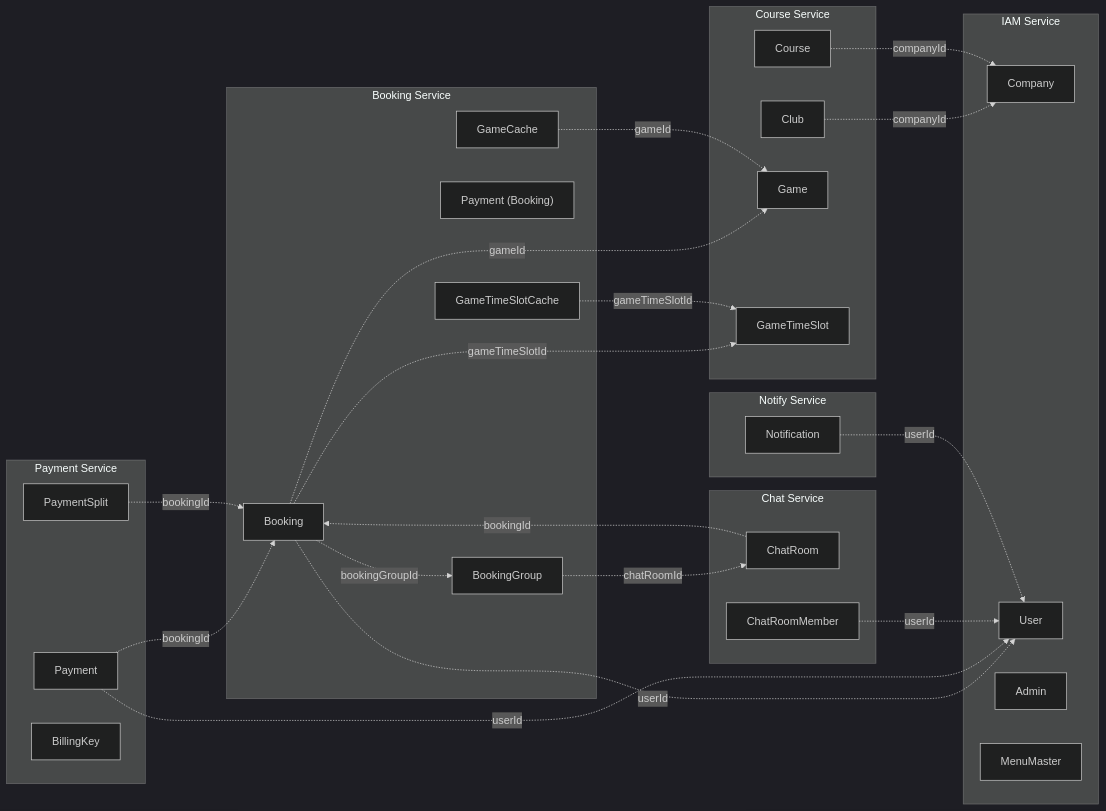
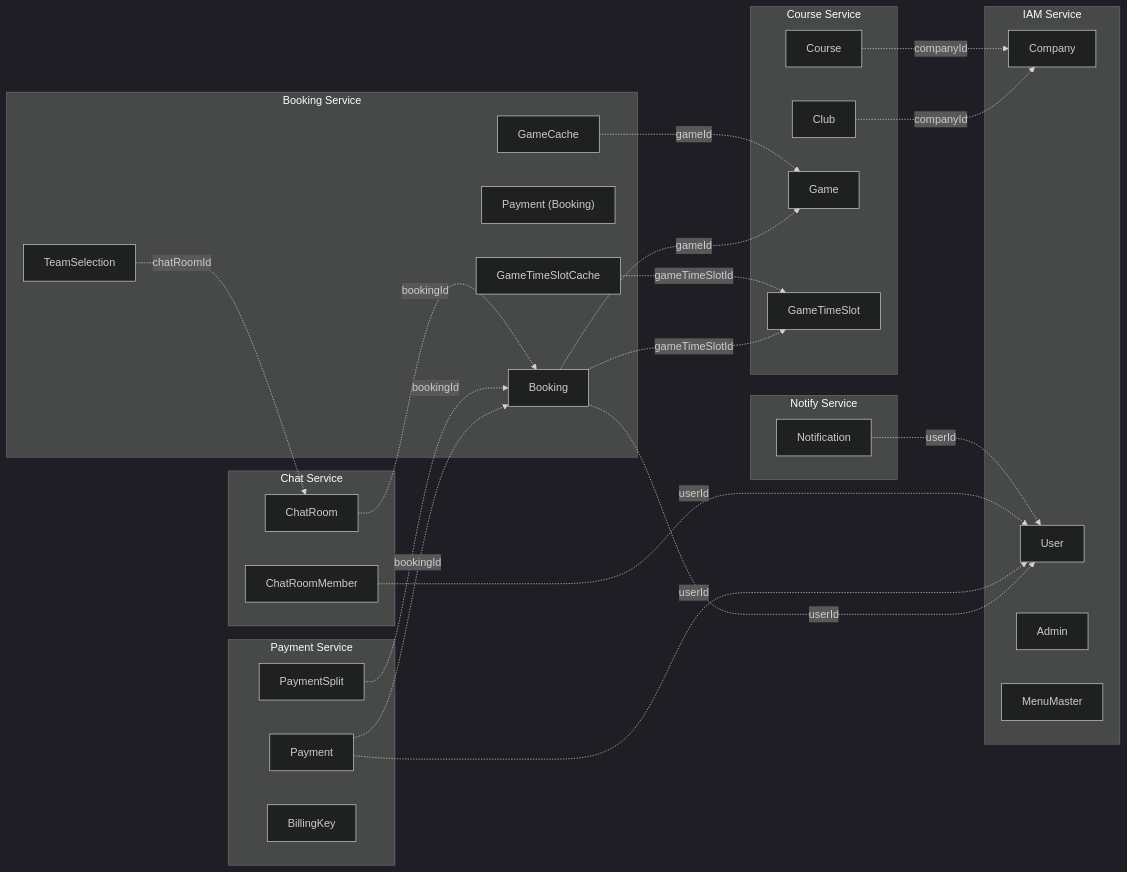
Before and after one commit to uniyous/parkgolf-platform: the first of 28 diagrams in docs/architecture/DATABASE.md, drawn with Mermaid (dark theme). The commit also changed other lines of this file and 17 other files, not shown here.

First line of the commit message:
refactor(chat): RoomType GROUP → CHANNEL 명칭 변경

````diff
--- a/docs/architecture/DATABASE.md
+++ b/docs/architecture/DATABASE.md
@@ -21,55 +21,54 @@
 ```mermaid
 flowchart LR
     subgraph iam["IAM Service"]
         Company
         User
         Admin
         Menu["MenuMaster"]
     end
 
     subgraph course["Course Service"]
         Club
         Course
         Game
         GameTimeSlot
     end
 
     subgraph booking["Booking Service"]
         Booking
-        BookingGroup
+        TeamSelection
         BookingPayment["Payment (Booking)"]
         GameCache
         SlotCache["GameTimeSlotCache"]
     end
 
     subgraph payment["Payment Service"]
         Payment
         PaymentSplit
         BillingKey
     end
 
     subgraph chat["Chat Service"]
         ChatRoom
         ChatRoomMember
     end
 
     subgraph notify["Notify Service"]
         Notification
     end
 
     Club -.->|companyId| Company
     Course -.->|companyId| Company
     Booking -.->|userId| User
     Booking -.->|gameTimeSlotId| GameTimeSlot
     Booking -.->|gameId| Game
-    Booking -.->|bookingGroupId| BookingGroup
-    BookingGroup -.->|chatRoomId| ChatRoom
+    TeamSelection -.->|chatRoomId| ChatRoom
     GameCache -.->|gameId| Game
     SlotCache -.->|gameTimeSlotId| GameTimeSlot
     Payment -.->|userId| User
     Payment -.->|bookingId| Booking
     PaymentSplit -.->|bookingId| Booking
     ChatRoom -.->|bookingId| Booking
     ChatRoomMember -.->|userId| User
     Notification -.->|userId| User
 ```
````
